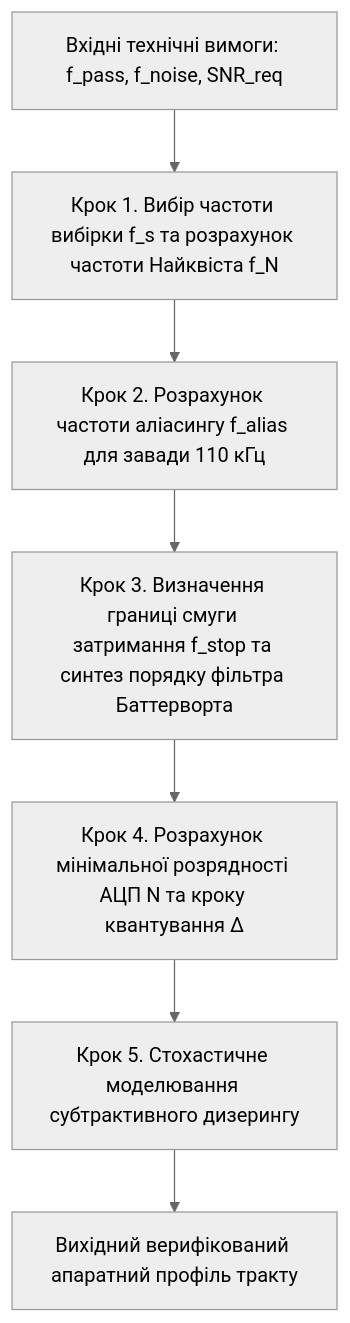
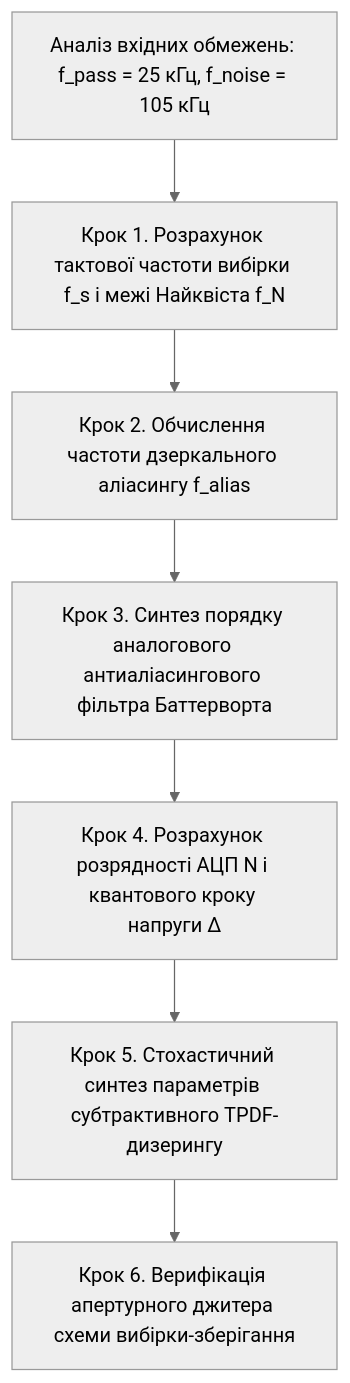
One commit to KyryloVadurin/signal-image-processing changed the fourth of 4 diagrams in docs/lk/lk1.md. Above: the diagram before and after it, drawn with Mermaid (neutral theme). The commit also changed other lines of this file, not shown here.

````diff
--- a/docs/lk/lk1.md
+++ b/docs/lk/lk1.md
@@ -669,9 +634,9 @@
 ```mermaid
 flowchart TD
-    A["Вхідні технічні вимоги: f_pass, f_noise, SNR_req"] --> B["Крок 1. Вибір частоти вибірки f_s та розрахунок частоти Найквіста f_N"]
-    B --> C["Крок 2. Розрахунок частоти аліасингу f_alias для завади 110 кГц"]
-    C --> D["Крок 3. Визначення границі смуги затримання f_stop та синтез порядку фільтра Баттерворта"]
-    D --> E["Крок 4. Розрахунок мінімальної розрядності АЦП N та кроку квантування Δ"]
-    E --> F["Крок 5. Стохастичне моделювання субтрактивного дизерингу"]
-    F --> G["Вихідний верифікований апаратний профіль тракту"]
+    A["Аналіз вхідних обмежень: f_pass = 25 кГц, f_noise = 105 кГц"] --> B["Крок 1. Розрахунок тактової частоти вибірки f_s і межі Найквіста f_N"]
+    B --> C["Крок 2. Обчислення частоти дзеркального аліасингу f_alias"]
+    C --> D["Крок 3. Синтез порядку аналогового антиаліасингового фільтра Баттерворта"]
+    D --> E["Крок 4. Розрахунок розрядності АЦП N і квантового кроку напруги Δ"]
+    E --> F["Крок 5. Стохастичний синтез параметрів субтрактивного TPDF-дизерингу"]
+    F --> G["Крок 6. Верифікація апертурного джитера схеми вибірки-зберігання"]
 ```
````
